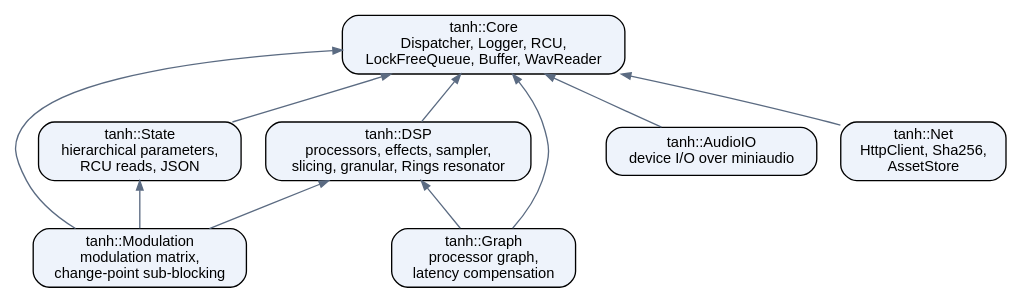
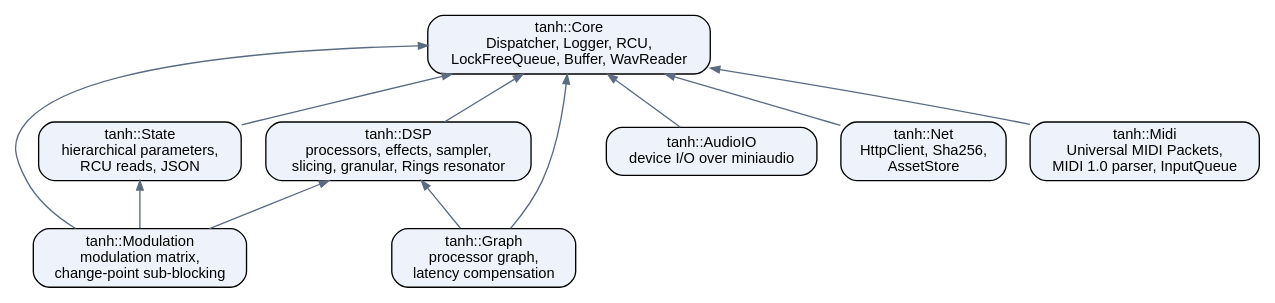
One commit to tanh-lab/tanh-lib changed the diagram in docs/sphinx/components.rst. Above: the diagram before and after it, drawn with Graphviz. The commit also changed other lines of this file and 23 other files, not shown here.

Commit message:
Add the Midi component with Universal MIDI Packets as the internal format, a MIDI 1.0 byte-stream parser, a converter back to MIDI 1.0 messages and a lock-free timestamped input queue

```diff
--- a/docs/sphinx/components.rst
+++ b/docs/sphinx/components.rst
@@ -13,26 +13,28 @@
 .. graphviz::
    :align: center
 
    digraph components {
        rankdir = BT;
        node [shape=box, style="rounded,filled", fillcolor="#eef3fb", fontname="Helvetica", fontsize=11];
        edge [color="#5b6b82", arrowsize=0.7];
 
        core       [label="tanh::Core\nDispatcher, Logger, RCU,\nLockFreeQueue, Buffer, WavReader"];
        state      [label="tanh::State\nhierarchical parameters,\nRCU reads, JSON"];
        dsp        [label="tanh::DSP\nprocessors, effects, sampler,\nslicing, granular, Rings resonator"];
        modulation [label="tanh::Modulation\nmodulation matrix,\nchange-point sub-blocking"];
        audio_io   [label="tanh::AudioIO\ndevice I/O over miniaudio"];
        net        [label="tanh::Net\nHttpClient, Sha256,\nAssetStore"];
        graph_node [label="tanh::Graph\nprocessor graph,\nlatency compensation"];
+       midi       [label="tanh::Midi\nUniversal MIDI Packets,\nMIDI 1.0 parser, InputQueue"];
 
        state -> core;
        dsp -> core;
        audio_io -> core;
        net -> core;
+       midi -> core;
        graph_node -> core;
        graph_node -> dsp;
        modulation -> core;
        modulation -> state;
        modulation -> dsp;
    }
```
